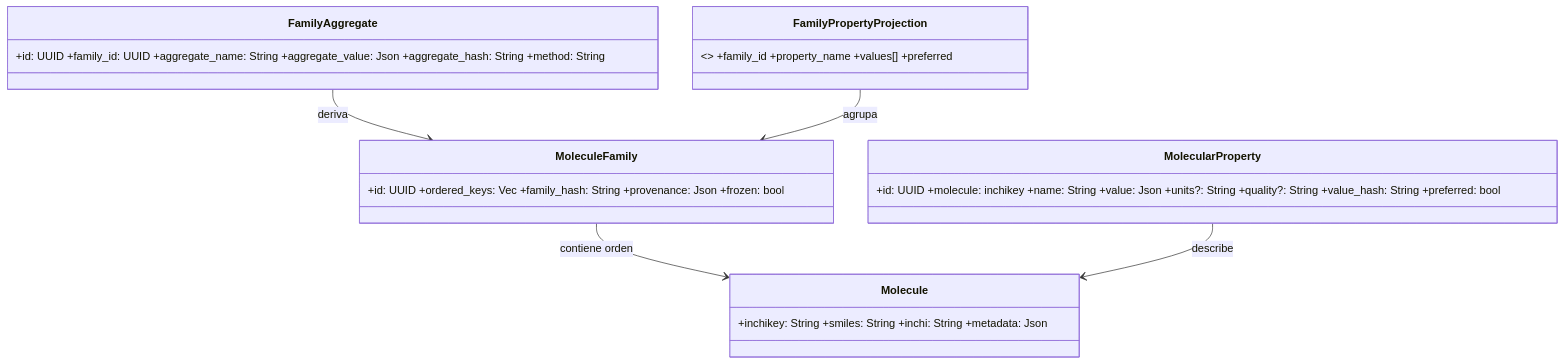
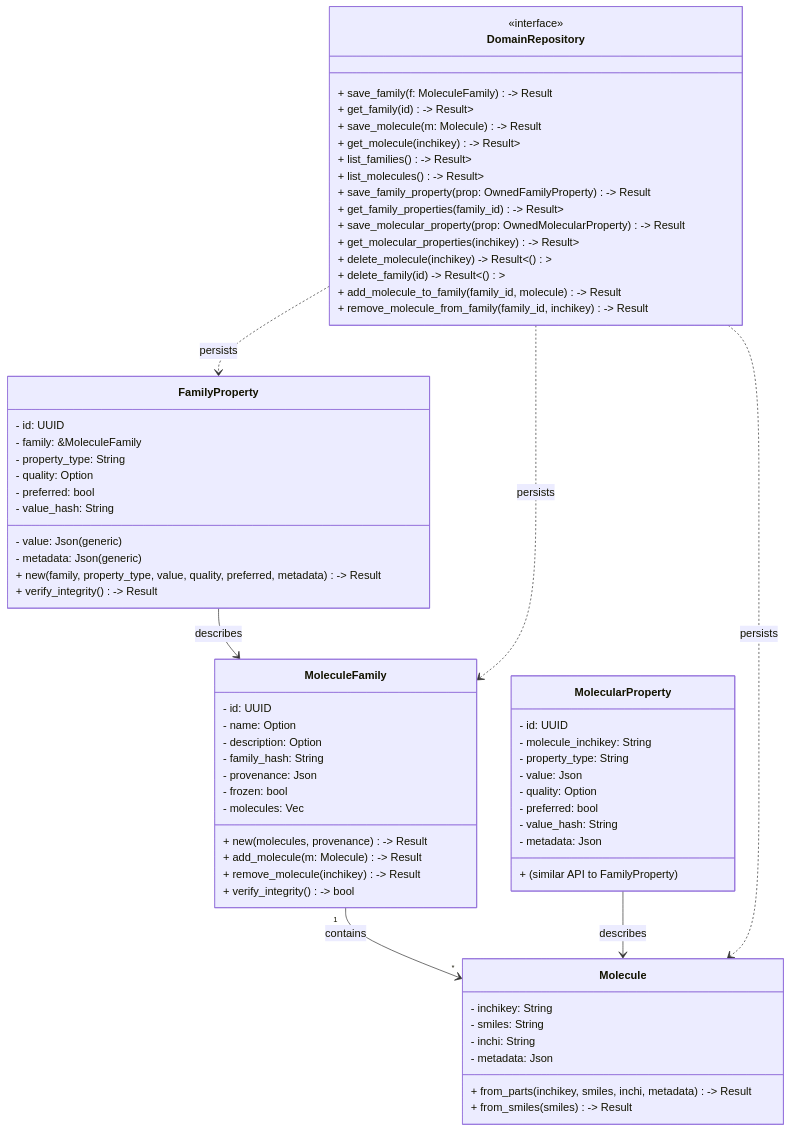
One commit to chem-gl/chem-flow changed the diagram in crates/chem-domain/README.md. Above: the diagram before and after it, drawn with Mermaid. The commit also changed other lines of this file and 14 other files, not shown here.

````diff
--- a/crates/chem-domain/README.md
+++ b/crates/chem-domain/README.md
@@ -41,13 +75,75 @@
 ```mermaid
 classDiagram
-class Molecule { +inchikey: String +smiles: String +inchi: String +metadata: Json }
-class MoleculeFamily { +id: UUID +ordered_keys: Vec<inchikey> +family_hash: String +provenance: Json +frozen: bool }
-class MolecularProperty { +id: UUID +molecule: inchikey +name: String +value: Json +units?: String +quality?: String +value_hash: String +preferred: bool }
-class FamilyAggregate { +id: UUID +family_id: UUID +aggregate_name: String +aggregate_value: Json +aggregate_hash: String +method: String }
-class FamilyPropertyProjection { <<computed>> +family_id +property_name +values[] +preferred }
+    class Molecule {
+        - inchikey: String
+        - smiles: String
+        - inchi: String
+        - metadata: Json
+        + from_parts(inchikey, smiles, inchi, metadata) -> Result<Molecule>
+        + from_smiles(smiles) -> Result<Molecule>
+    }
 
-MoleculeFamily --> Molecule : contiene orden
-MolecularProperty --> Molecule : describe
-FamilyAggregate --> MoleculeFamily : deriva
-FamilyPropertyProjection --> MoleculeFamily : agrupa
+    class MoleculeFamily {
+        - id: UUID
+        - name: Option<String>
+        - description: Option<String>
+        - family_hash: String
+        - provenance: Json
+        - frozen: bool
+        - molecules: Vec<Molecule>
+        + new(molecules, provenance) -> Result<MoleculeFamily>
+        + add_molecule(m: Molecule) -> Result<MoleculeFamily>
+        + remove_molecule(inchikey) -> Result<MoleculeFamily>
+        + verify_integrity() -> bool
+    }
+
+    class FamilyProperty {
+        - id: UUID
+        - family: &MoleculeFamily
+        - property_type: String
+        - value: Json (generic)
+        - quality: Option<String>
+        - preferred: bool
+        - value_hash: String
+        - metadata: Json (generic)
+        + new(family, property_type, value, quality, preferred, metadata) -> Result<FamilyProperty>
+        + verify_integrity() -> Result<bool>
+    }
+
+    class MolecularProperty {
+        - id: UUID
+        - molecule_inchikey: String
+        - property_type: String
+        - value: Json
+        - quality: Option<String>
+        - preferred: bool
+        - value_hash: String
+        - metadata: Json
+        + (similar API to FamilyProperty)
+    }
+
+    class DomainRepository {
+        <<interface>>
+        + save_family(f: MoleculeFamily) -> Result<Uuid>
+        + get_family(id) -> Result<Option<MoleculeFamily>>
+        + save_molecule(m: Molecule) -> Result<String>
+        + get_molecule(inchikey) -> Result<Option<Molecule>>
+        + list_families() -> Result<Vec<MoleculeFamily>>
+        + list_molecules() -> Result<Vec<Molecule>>
+        + save_family_property(prop: OwnedFamilyProperty) -> Result<Uuid>
+        + get_family_properties(family_id) -> Result<Vec<OwnedFamilyProperty>>
+        + save_molecular_property(prop: OwnedMolecularProperty) -> Result<Uuid>
+        + get_molecular_properties(inchikey) -> Result<Vec<OwnedMolecularProperty>>
+        + delete_molecule(inchikey) -> Result<()>
+        + delete_family(id) -> Result<()>
+        + add_molecule_to_family(family_id, molecule) -> Result<Uuid>
+        + remove_molecule_from_family(family_id, inchikey) -> Result<Uuid>
+    }
+
+    MoleculeFamily "1" --> "*" Molecule : contains
+    FamilyProperty --> MoleculeFamily : describes
+    MolecularProperty --> Molecule : describes
+    DomainRepository ..> Molecule : persists
+    DomainRepository ..> MoleculeFamily : persists
+    DomainRepository ..> FamilyProperty : persists
 ```
````
